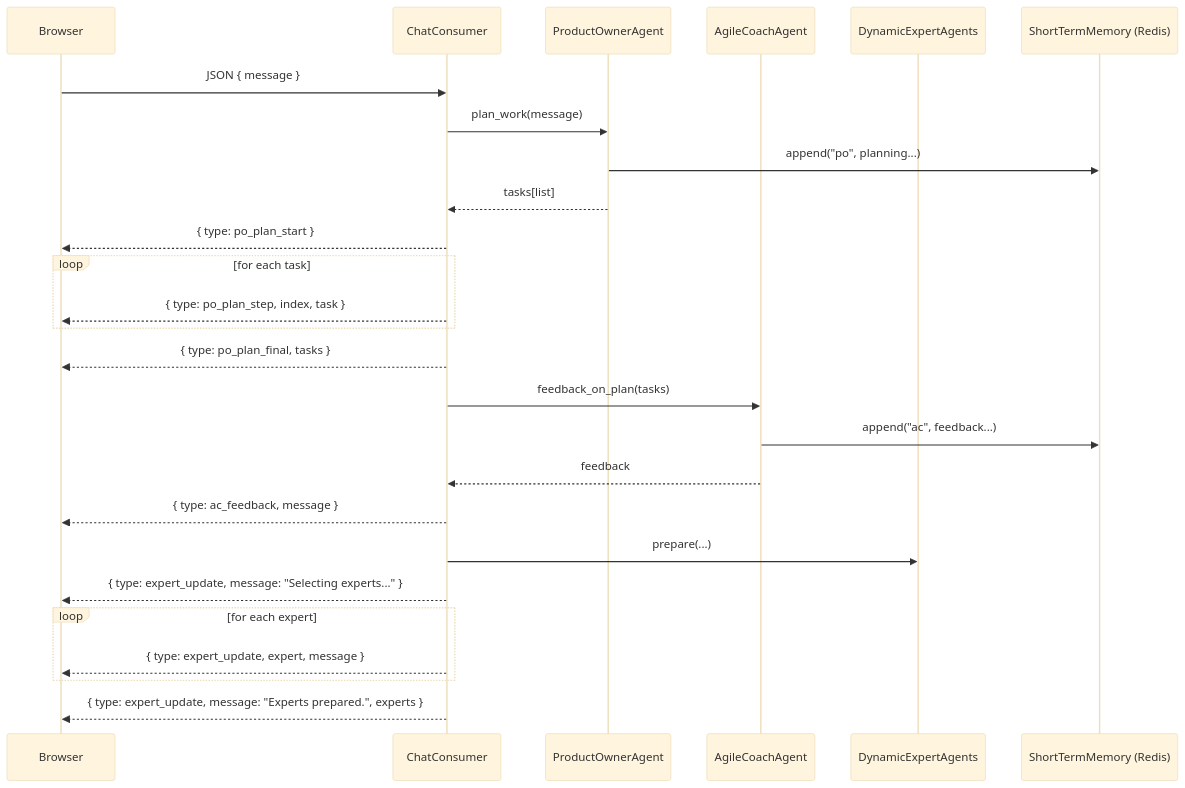
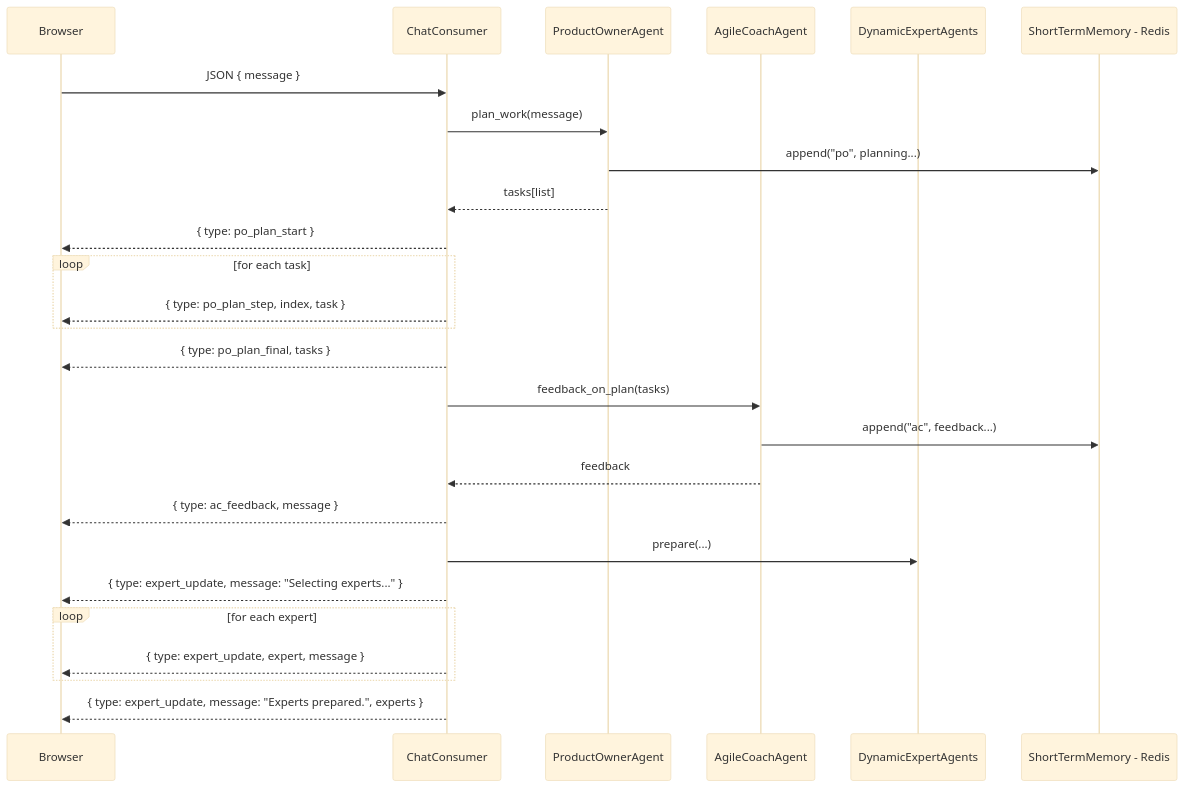
One commit to personalagile/aiteam changed the fourth of 5 diagrams in docs/arc42/arc42.md. Above: the diagram before and after it, drawn with Mermaid (base theme). The commit also changed other lines of this file and 8 other files, not shown here.

````diff
--- a/docs/arc42/arc42.md
+++ b/docs/arc42/arc42.md
@@ -101,29 +101,29 @@
 ```mermaid
 sequenceDiagram
   participant B as Browser
   participant C as ChatConsumer
   participant PO as ProductOwnerAgent
   participant AC as AgileCoachAgent
   participant EXP as DynamicExpertAgents
-  participant STM as ShortTermMemory (Redis)
+  participant STM as ShortTermMemory - Redis
 
   B->>C: JSON { message }
   C->>PO: plan_work(message)
   PO->>STM: append("po", planning...)
   PO-->>C: tasks[list]
   C-->>B: { type: po_plan_start }
   loop for each task
     C-->>B: { type: po_plan_step, index, task }
   end
   C-->>B: { type: po_plan_final, tasks }
   C->>AC: feedback_on_plan(tasks)
   AC->>STM: append("ac", feedback...)
   AC-->>C: feedback
   C-->>B: { type: ac_feedback, message }
   C->>EXP: prepare(...)
   C-->>B: { type: expert_update, message: "Selecting experts..." }
   loop for each expert
     C-->>B: { type: expert_update, expert, message }
   end
   C-->>B: { type: expert_update, message: "Experts prepared.", experts }
 ```
````
